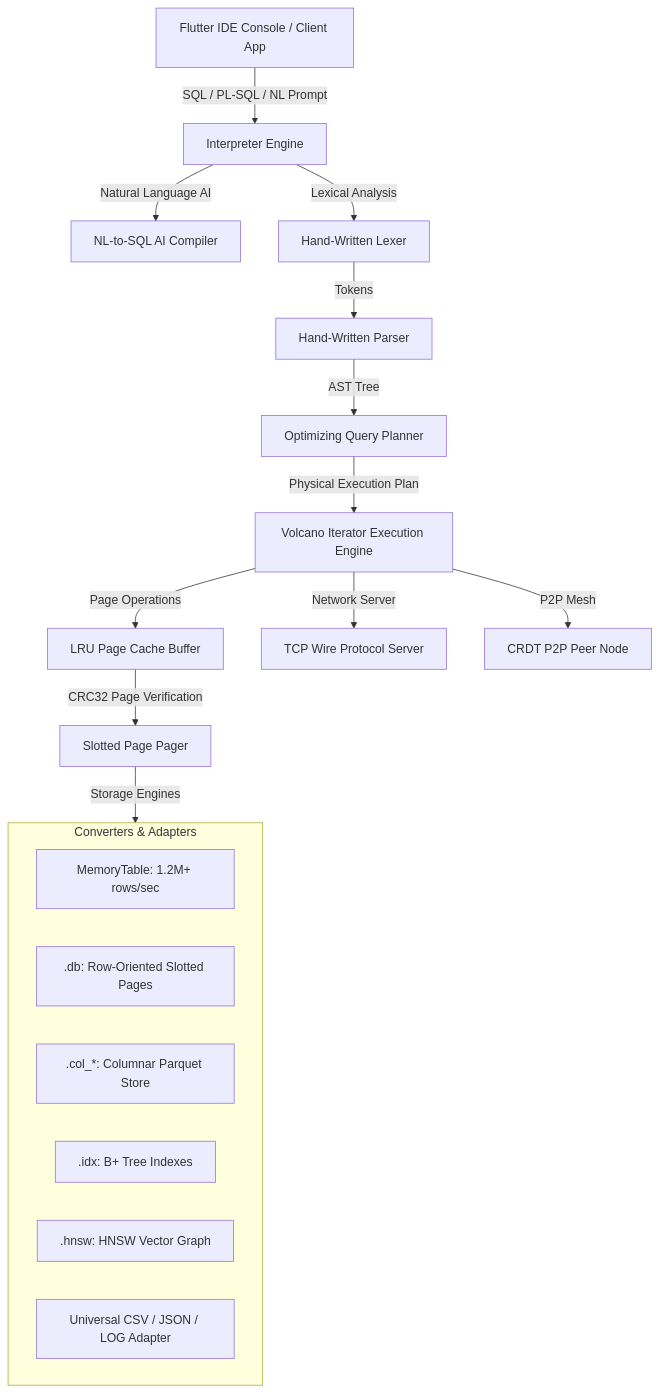
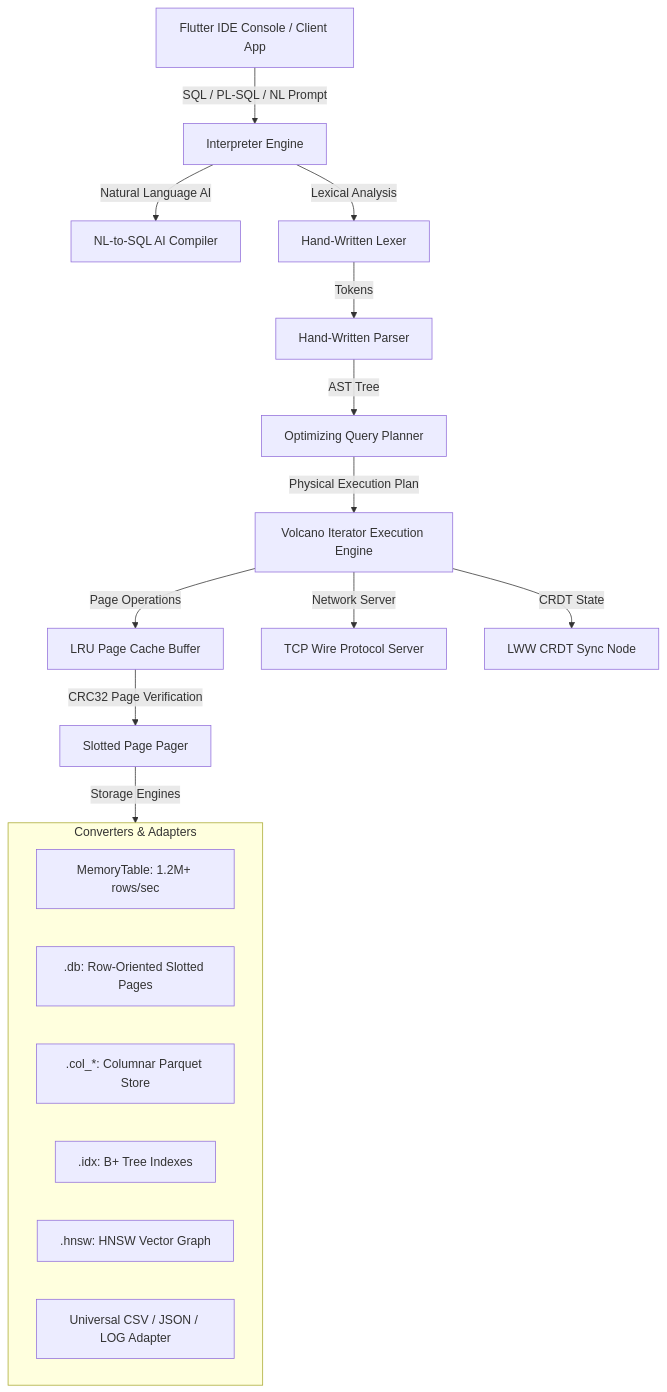
Before and after one commit to ompatel3158/ULTSQL: the second of 2 diagrams in README.md, drawn with Mermaid. The commit also changed other lines of this file and 25 other files, not shown here.

````diff
--- a/README.md
+++ b/README.md
@@ -174,25 +175,25 @@
 ```mermaid
 graph TD
     UI[Flutter IDE Console / Client App] -->|SQL / PL-SQL / NL Prompt| Interpreter[Interpreter Engine]
     Interpreter -->|Natural Language AI| NlEngine[NL-to-SQL AI Compiler]
     Interpreter -->|Lexical Analysis| Lexer[Hand-Written Lexer]
     Lexer -->|Tokens| Parser[Hand-Written Parser]
     Parser -->|AST Tree| QueryPlanner[Optimizing Query Planner]
     QueryPlanner -->|Physical Execution Plan| VolcanoEngine[Volcano Iterator Execution Engine]
     
     VolcanoEngine -->|Page Operations| PageCache[LRU Page Cache Buffer]
     PageCache -->|CRC32 Page Verification| Pager[Slotted Page Pager]
     Pager -->|Storage Engines| StorageAdapters
     
     subgraph StorageAdapters[Converters & Adapters]
       MemoryStore[MemoryTable: 1.2M+ rows/sec]
       RowStore[.db: Row-Oriented Slotted Pages]
       ColumnStore[.col_*: Columnar Parquet Store]
       BTreeIndex[.idx: B+ Tree Indexes]
       HnswIndex[.hnsw: HNSW Vector Graph]
       FileAdapter[Universal CSV / JSON / LOG Adapter]
     end
     
     VolcanoEngine -->|Network Server| PgWireServer[TCP Wire Protocol Server]
-    VolcanoEngine -->|P2P Mesh| P2pNode[CRDT P2P Peer Node]
+    VolcanoEngine -->|CRDT State| P2pNode[LWW CRDT Sync Node]
 ```
````
